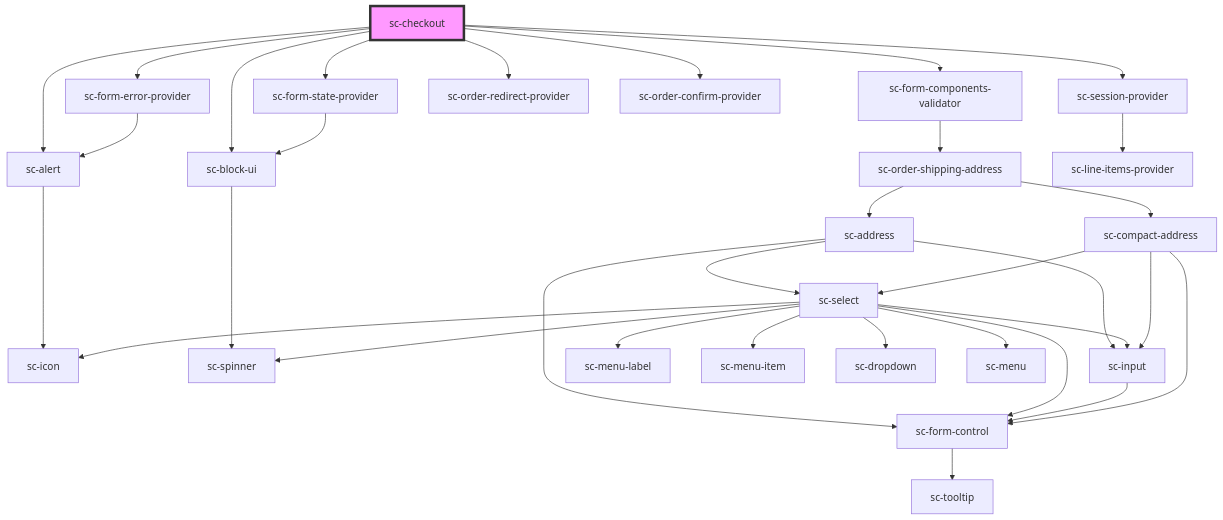
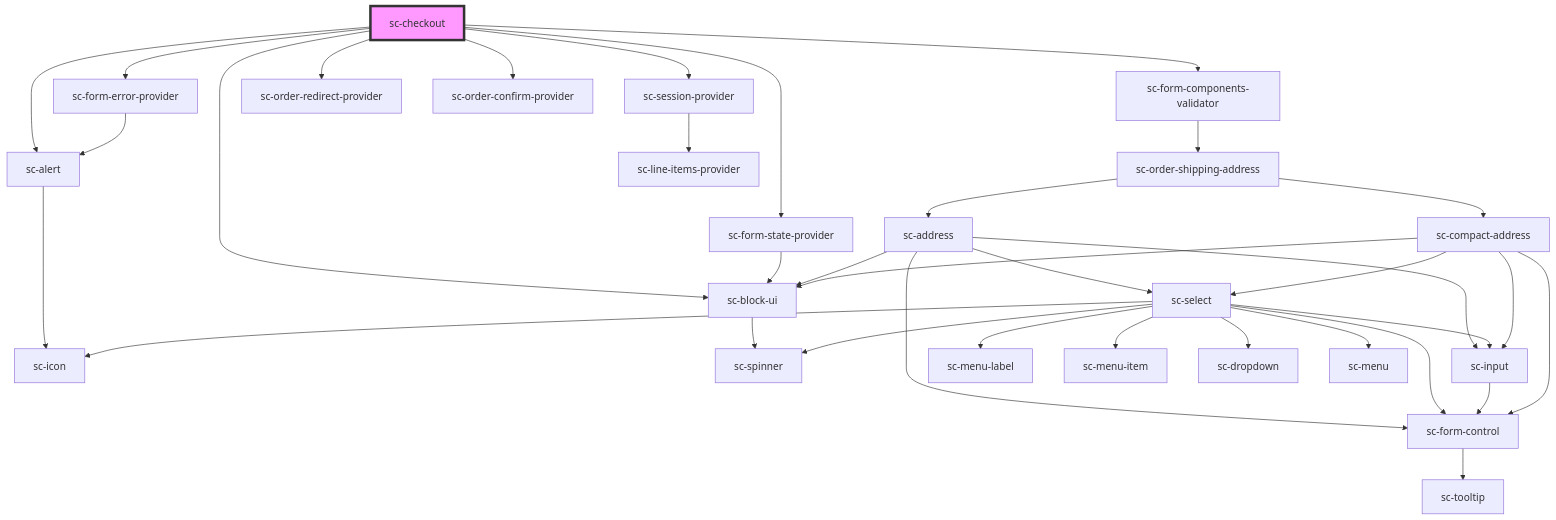
Before and after one commit to surecart/surecart-wp-plugin: the diagram in packages/components/src/components/controllers/checkout-form/checkout/readme.md, drawn with Mermaid. The commit also changed 13 other files, not shown here.

````diff
--- a/packages/components/src/components/controllers/checkout-form/checkout/readme.md
+++ b/packages/components/src/components/controllers/checkout-form/checkout/readme.md
@@ -76,36 +76,38 @@
 ```mermaid
 graph TD;
   sc-checkout --> sc-alert
   sc-checkout --> sc-form-state-provider
   sc-checkout --> sc-form-error-provider
   sc-checkout --> sc-form-components-validator
   sc-checkout --> sc-session-provider
   sc-checkout --> sc-order-redirect-provider
   sc-checkout --> sc-order-confirm-provider
   sc-checkout --> sc-block-ui
   sc-alert --> sc-icon
   sc-form-state-provider --> sc-block-ui
   sc-block-ui --> sc-spinner
   sc-form-error-provider --> sc-alert
   sc-form-components-validator --> sc-order-shipping-address
   sc-order-shipping-address --> sc-address
   sc-order-shipping-address --> sc-compact-address
   sc-address --> sc-form-control
   sc-address --> sc-select
   sc-address --> sc-input
+  sc-address --> sc-block-ui
   sc-form-control --> sc-tooltip
   sc-select --> sc-icon
   sc-select --> sc-menu-label
   sc-select --> sc-menu-item
   sc-select --> sc-form-control
   sc-select --> sc-dropdown
   sc-select --> sc-input
   sc-select --> sc-spinner
   sc-select --> sc-menu
   sc-input --> sc-form-control
   sc-compact-address --> sc-form-control
   sc-compact-address --> sc-select
   sc-compact-address --> sc-input
+  sc-compact-address --> sc-block-ui
   sc-session-provider --> sc-line-items-provider
   style sc-checkout fill:#f9f,stroke:#333,stroke-width:4px
 ```
````
